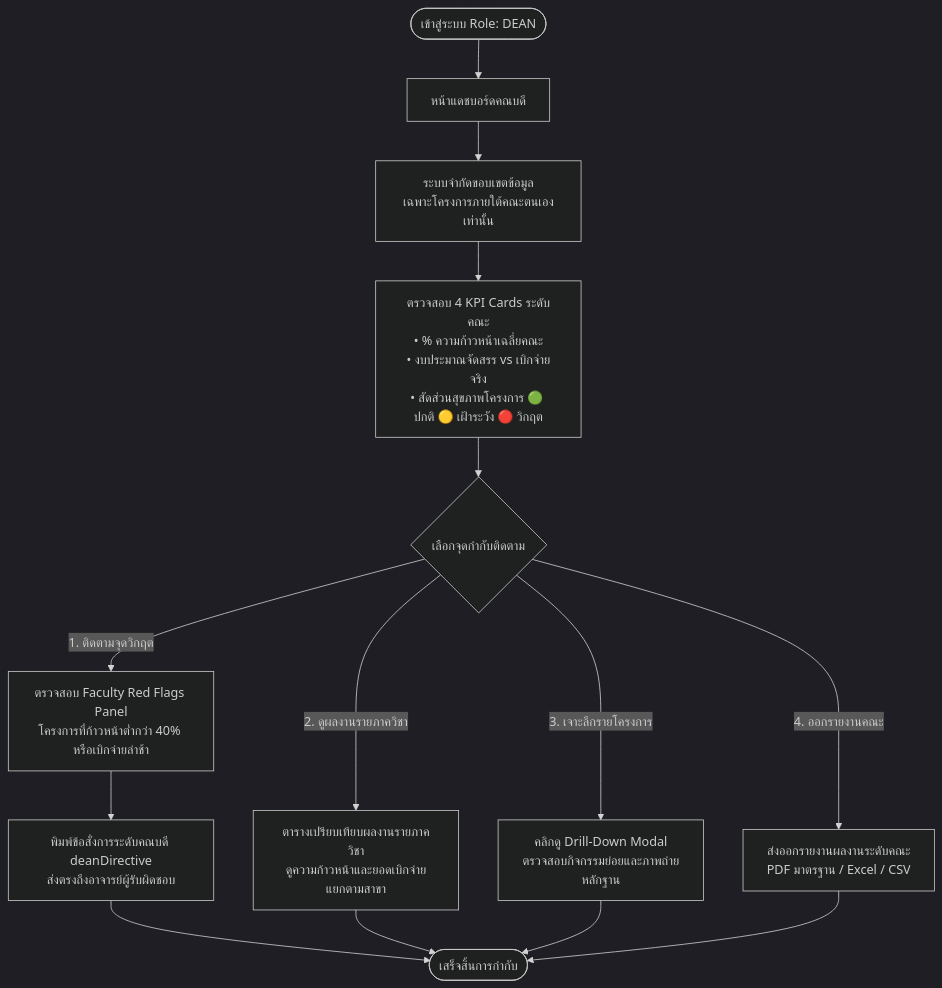
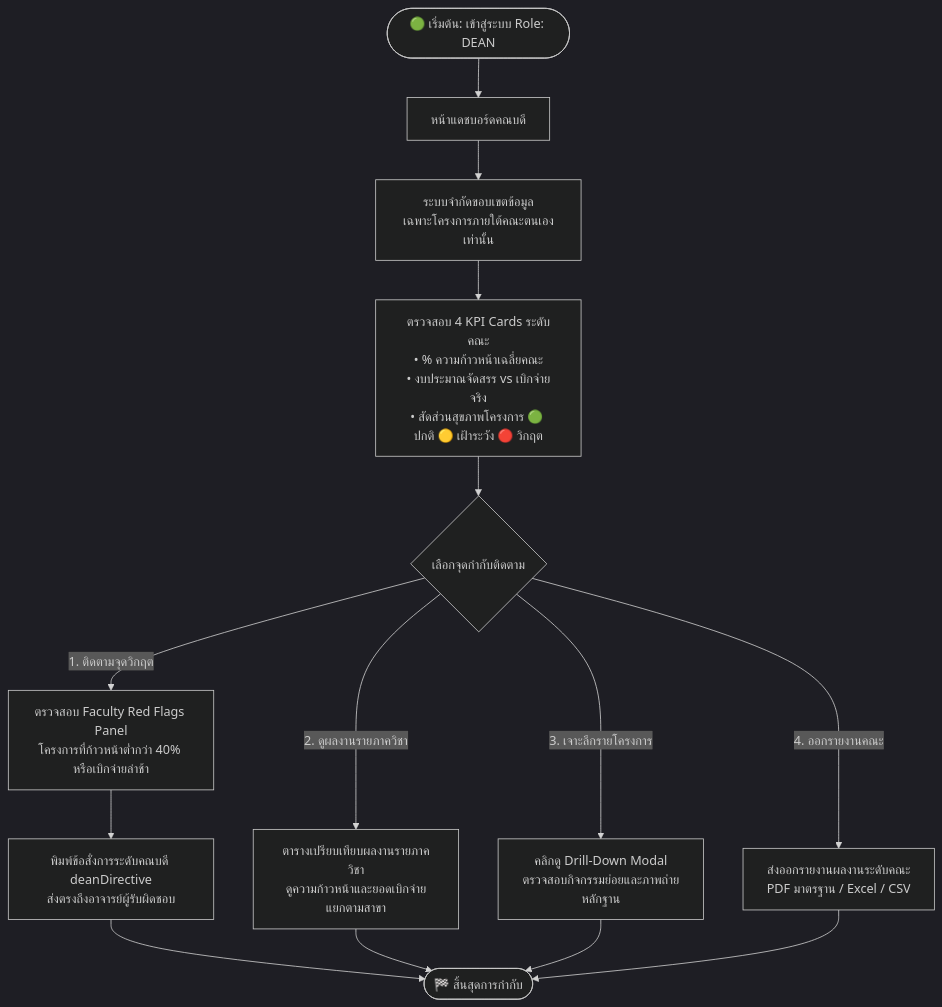
The third of 7 diagrams in flowchart.md (teeraphonn/bru-strategic-tracking), drawn with Mermaid (dark theme) before and after one commit. The commit also changed other lines of this file, not shown here.

Commit message:
Docs(SA): Refine system flowchart with explicit start-end nodes, database storage, and linear flow

````diff
--- a/flowchart.md
+++ b/flowchart.md
@@ -170,28 +188,28 @@
 ```mermaid
 flowchart TD
-    D_Start([เข้าสู่ระบบ Role: DEAN]) --> D_Dash[หน้าแดชบอร์ดคณบดี]
+    D_Start([🟢 เริ่มต้น: เข้าสู่ระบบ Role: DEAN]) --> D_Dash[หน้าแดชบอร์ดคณบดี]
     
     D_Dash --> D_Scope[ระบบจำกัดขอบเขตข้อมูล<br/>เฉพาะโครงการภายใต้คณะตนเองเท่านั้น]
     
     D_Scope --> D_ViewKPIs[ตรวจสอบ 4 KPI Cards ระดับคณะ<br/>• % ความก้าวหน้าเฉลี่ยคณะ<br/>• งบประมาณจัดสรร vs เบิกจ่ายจริง<br/>• สัดส่วนสุขภาพโครงการ 🟢 ปกติ 🟡 เฝ้าระวัง 🔴 วิกฤต]
     
     D_ViewKPIs --> D_Actions{เลือกจุดกำกับติดตาม}
     
     %% Red Flags
     D_Actions -->|1. ติดตามจุดวิกฤต| D_RedFlags[ตรวจสอบ Faculty Red Flags Panel<br/>โครงการที่ก้าวหน้าต่ำกว่า 40% หรือเบิกจ่ายล่าช้า]
     D_RedFlags --> D_DeanDirective[พิมพ์ข้อสั่งการระดับคณบดี deanDirective<br/>ส่งตรงถึงอาจารย์ผู้รับผิดชอบ]
     
     %% Department Breakdown
     D_Actions -->|2. ดูผลงานรายภาควิชา| D_DeptTable[ตารางเปรียบเทียบผลงานรายภาควิชา<br/>ดูความก้าวหน้าและยอดเบิกจ่ายแยกตามสาขา]
     
     %% Drill-Down
     D_Actions -->|3. เจาะลึกรายโครงการ| D_DrillDown[คลิกดู Drill-Down Modal<br/>ตรวจสอบกิจกรรมย่อยและภาพถ่ายหลักฐาน]
     
     %% Export Report
     D_Actions -->|4. ออกรายงานคณะ| D_Export[ส่งออกรายงานผลงานระดับคณะ<br/>PDF มาตรฐาน / Excel / CSV]
     
-    D_DeanDirective --> D_End([เสร็จสิ้นการกำกับ])
+    D_DeanDirective --> D_End([🏁 สิ้นสุดการกำกับ])
     D_DeptTable --> D_End
     D_DrillDown --> D_End
     D_Export --> D_End
 ```
````
